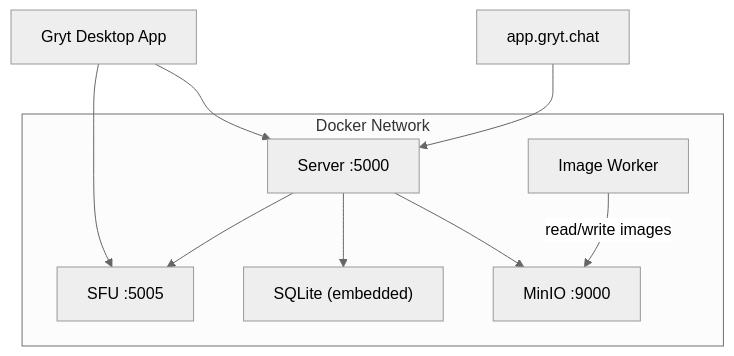
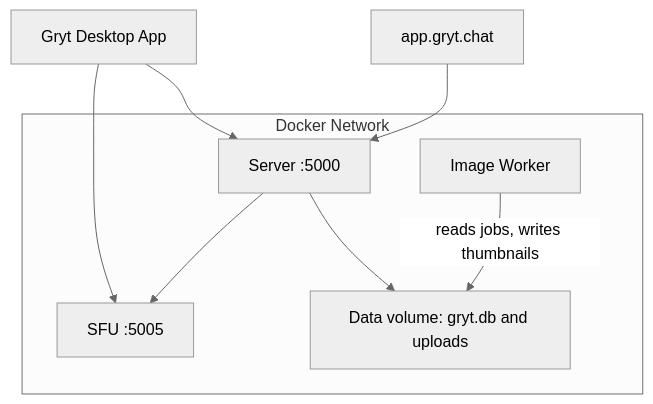
The diagram in content/docs/host/docker-compose.mdx (Gryt-chat/docs), drawn with Mermaid (neutral theme) before and after one commit. The commit also changed other lines of this file and 8 other files, not shown here.

First line of the commit message:
Uploads are files on the server's disk, and MinIO installs can move (GRYT-1447) (#134)

````diff
--- a/content/docs/host/docker-compose.mdx
+++ b/content/docs/host/docker-compose.mdx
@@ -102,12 +102,11 @@
 ```mermaid
 graph TD
   Desktop["Gryt Desktop App"] --> Server["Server :5000"]
   Desktop --> SFU["SFU :5005"]
   WebClient["app.gryt.chat"] --> Server
   subgraph Docker Network
     Server --> SFU
-    Server --> SQLite["SQLite (embedded)"]
-    Server --> MinIO["MinIO :9000"]
-    ImageWorker["Image Worker"] -->|"read/write images"| MinIO
+    Server --> Data["Data volume: gryt.db and uploads"]
+    ImageWorker["Image Worker"] -->|"reads jobs, writes thumbnails"| Data
   end
 ```
````
